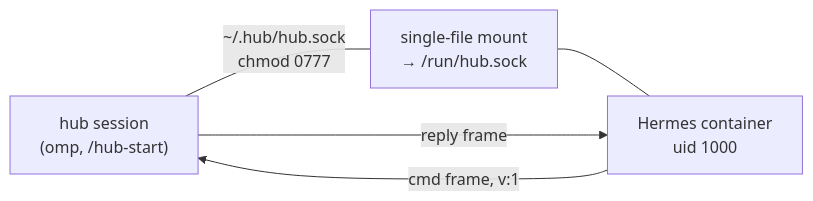
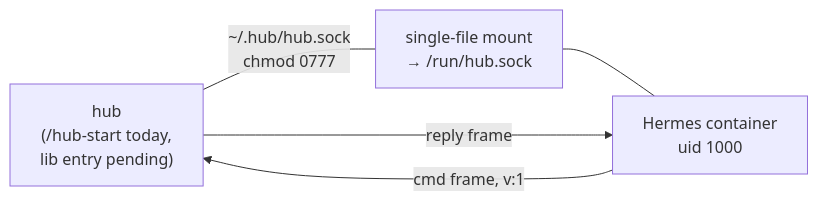
The diagram in docs/07-hermes-bridge.md (yurifrl/pi-hub), drawn with Mermaid before and after one commit. The commit also changed other lines of this file and 3 other files, not shown here.

````diff
--- a/docs/07-hermes-bridge.md
+++ b/docs/07-hermes-bridge.md
@@ -49,7 +51,7 @@
 ```mermaid
 flowchart LR
-    H["hub session<br/>(omp, /hub-start)"] ---|~/.hub/hub.sock<br/>chmod 0777| S["single-file mount<br/>→ /run/hub.sock"]
+    H["hub<br/>(/hub-start today,<br/>lib entry pending)"] ---|~/.hub/hub.sock<br/>chmod 0777| S["single-file mount<br/>→ /run/hub.sock"]
     S --- C["Hermes container<br/>uid 1000"]
     C -->|cmd frame, v:1| H
     H -->|reply frame| C
 ```
````
